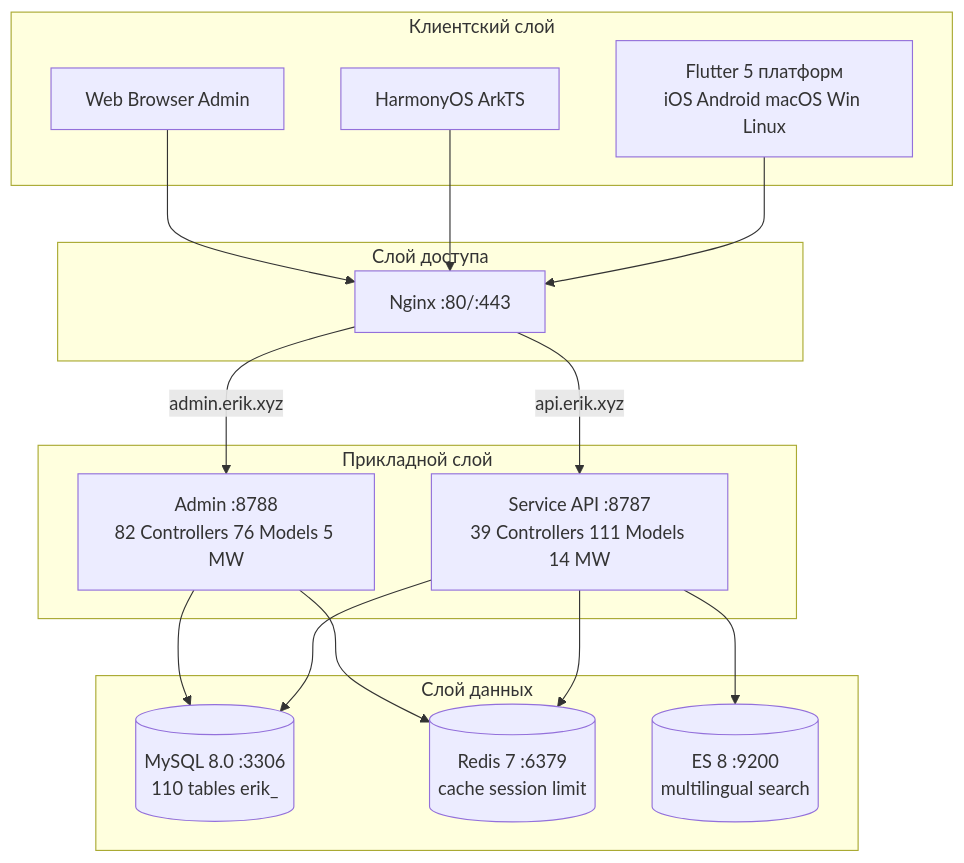
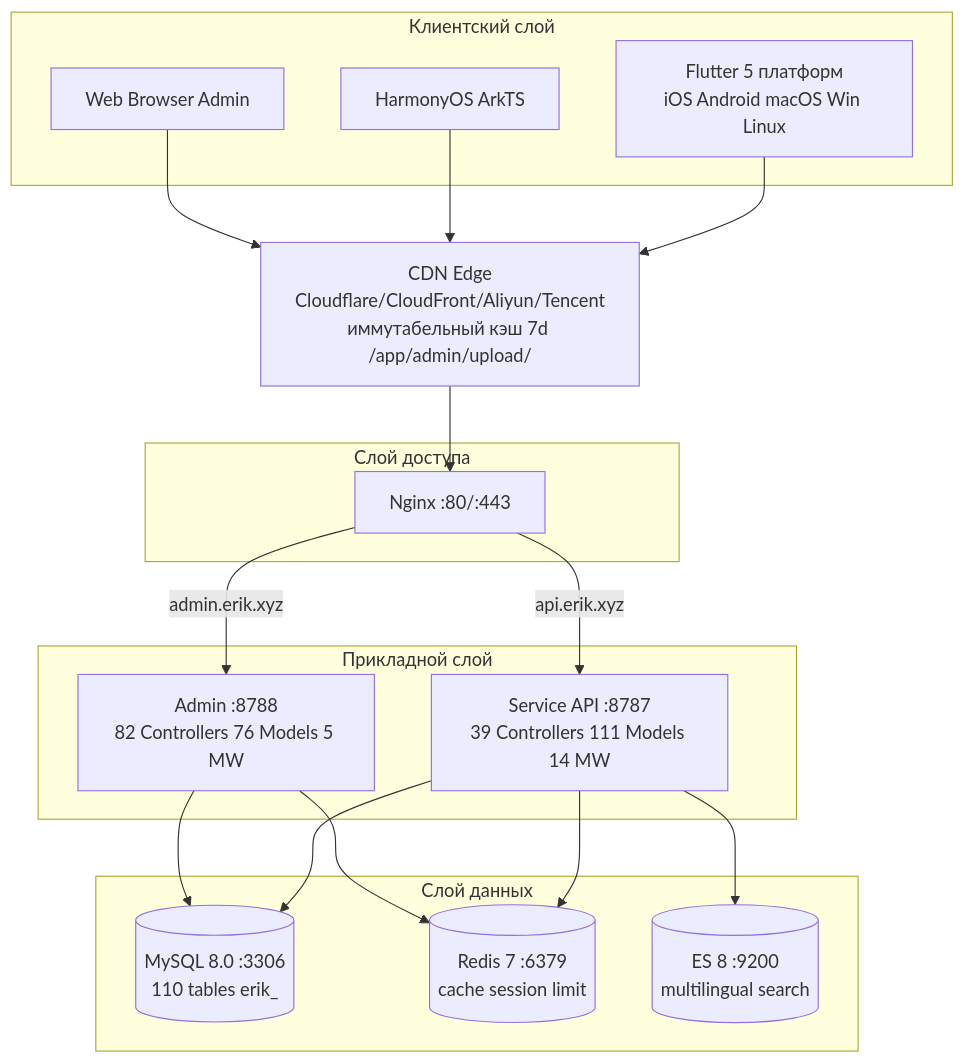
Before and after one commit to erikwang2013/erik-shop: the first of 6 diagrams in docs/i18n/ru/architecture-full.md, drawn with Mermaid. The commit also changed other lines of this file and 191 other files, not shown here.

First line of the commit message:
v1.2.0：CDN 内容分发接入（Origin-Pull 回源 + 四大云厂商适配 + 管理端配置/刷新/日志 + 上传持久化 + 全文档与12语言i18n同步 + Crypto 捐赠图文入库）

````diff
--- a/docs/i18n/ru/architecture-full.md
+++ b/docs/i18n/ru/architecture-full.md
@@ -38,30 +38,30 @@
 ```mermaid
 graph TD
     subgraph Clients[Клиентский слой]
         F[Flutter 5 платформ<br/>iOS Android macOS Win Linux]
         H[HarmonyOS ArkTS]
         W[Web Browser Admin]
     end
+    C[CDN Edge<br/>Cloudflare/CloudFront/Aliyun/Tencent<br/>иммутабельный кэш 7d /app/admin/upload/]
     subgraph Gateway[Слой доступа]
         N[Nginx :80/:443]
     end
     subgraph Apps[Прикладной слой]
         S[Service API :8787<br/>39 Controllers 111 Models 14 MW]
         A[Admin :8788<br/>82 Controllers 76 Models 5 MW]
     end
     subgraph Data[Слой данных]
         M[(MySQL 8.0 :3306<br/>110 tables erik_)]
         R[(Redis 7 :6379<br/>cache session limit)]
         E[(ES 8 :9200<br/>multilingual search)]
     end
-    F --> N
-    H --> N
-    W --> N
+    F & H & W --> C
+    C --> N
     N -->|api.erik.xyz| S
     N -->|admin.erik.xyz| A
     S --> M
     S --> R
     S --> E
     A --> M
     A --> R
 ```
````
